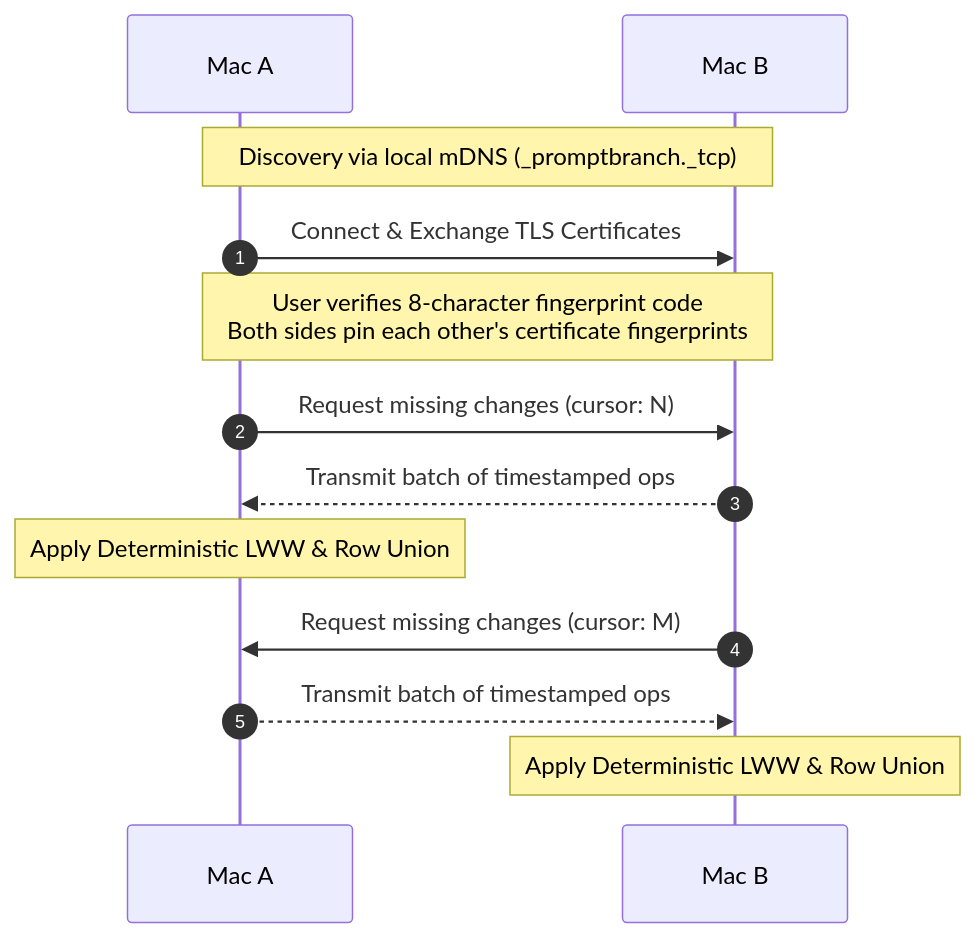
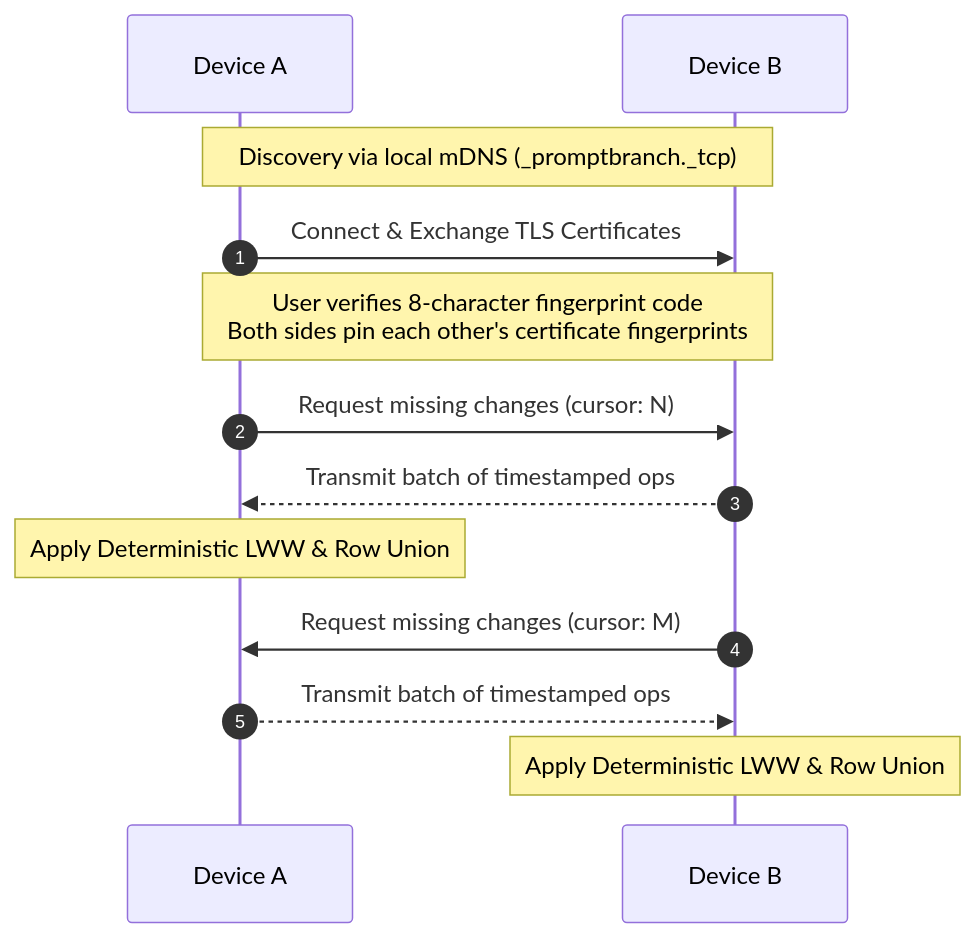
The diagram in docs/sync/peer-to-peer-sync.md (PromptBranch/promptbranch), drawn with Mermaid before and after one commit. The commit also changed other lines of this file and 12 other files, not shown here.

````diff
--- a/docs/sync/peer-to-peer-sync.md
+++ b/docs/sync/peer-to-peer-sync.md
@@ -10,16 +8,16 @@
 ```mermaid
 sequenceDiagram
   autonumber
-  participant MacA as Mac A
-  participant MacB as Mac B
+  participant DeviceA as Device A
+  participant DeviceB as Device B
 
-  Note over MacA,MacB: Discovery via local mDNS (_promptbranch._tcp)
-  MacA->>MacB: Connect & Exchange TLS Certificates
-  Note over MacA,MacB: User verifies 8-character fingerprint code<br/>Both sides pin each other's certificate fingerprints
-  MacA->>MacB: Request missing changes (cursor: N)
-  MacB-->>MacA: Transmit batch of timestamped ops
-  Note over MacA: Apply Deterministic LWW & Row Union
-  MacB->>MacA: Request missing changes (cursor: M)
-  MacA-->>MacB: Transmit batch of timestamped ops
-  Note over MacB: Apply Deterministic LWW & Row Union
+  Note over DeviceA,DeviceB: Discovery via local mDNS (_promptbranch._tcp)
+  DeviceA->>DeviceB: Connect & Exchange TLS Certificates
+  Note over DeviceA,DeviceB: User verifies 8-character fingerprint code<br/>Both sides pin each other's certificate fingerprints
+  DeviceA->>DeviceB: Request missing changes (cursor: N)
+  DeviceB-->>DeviceA: Transmit batch of timestamped ops
+  Note over DeviceA: Apply Deterministic LWW & Row Union
+  DeviceB->>DeviceA: Request missing changes (cursor: M)
+  DeviceA-->>DeviceB: Transmit batch of timestamped ops
+  Note over DeviceB: Apply Deterministic LWW & Row Union
 ```
````
